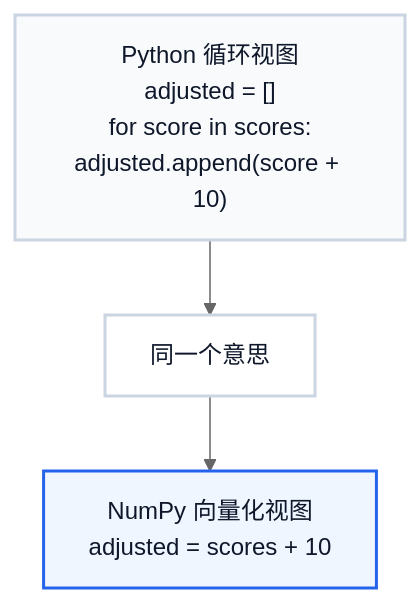
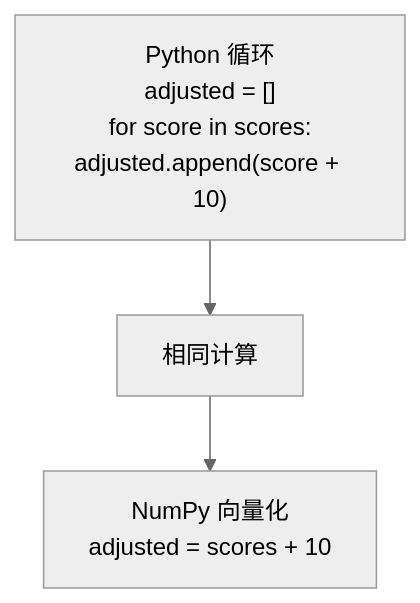
One commit to devchan64/AiBook changed the diagram in docs/assets/part-02/chapter-11/loop-to-vectorization-flow-zh.mmd. Above: the diagram before and after it, drawn with Mermaid (neutral theme). The commit also changed 71 other files, not shown here.

```diff
--- a/docs/assets/part-02/chapter-11/loop-to-vectorization-flow-zh.mmd
+++ b/docs/assets/part-02/chapter-11/loop-to-vectorization-flow-zh.mmd
@@ -1,14 +1,4 @@
 flowchart TD
-    loop["Python 循环视图<br/>adjusted = []<br/>for score in scores:<br/>adjusted.append(score + 10)"]
-    bridge["同一个意思"]
-    vectorized["NumPy 向量化视图<br/>adjusted = scores + 10"]
-
-    loop --> bridge --> vectorized
-
-    classDef loopBox fill:#f8fafc,stroke:#cbd5e1,stroke-width:2px,color:#0f172a;
-    classDef bridgeBox fill:#ffffff,stroke:#cbd5e1,stroke-width:2px,color:#0f172a;
-    classDef vectorBox fill:#eff6ff,stroke:#2563eb,stroke-width:2px,color:#0f172a;
-
-    class loop loopBox;
-    class bridge bridgeBox;
-    class vectorized vectorBox;
+    a["Python 循环<br/>adjusted = []<br/>for score in scores:<br/>adjusted.append(score + 10)"]
+    a --> b["相同计算"]
+    b --> c["NumPy 向量化<br/>adjusted = scores + 10"]
```
